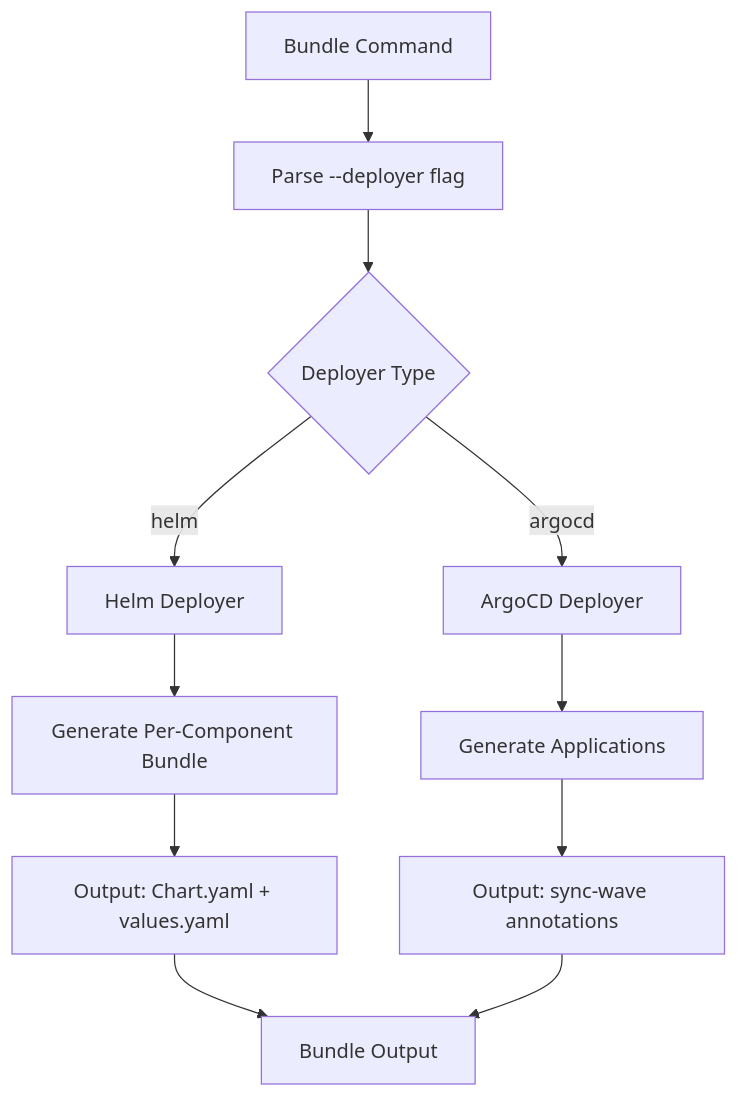
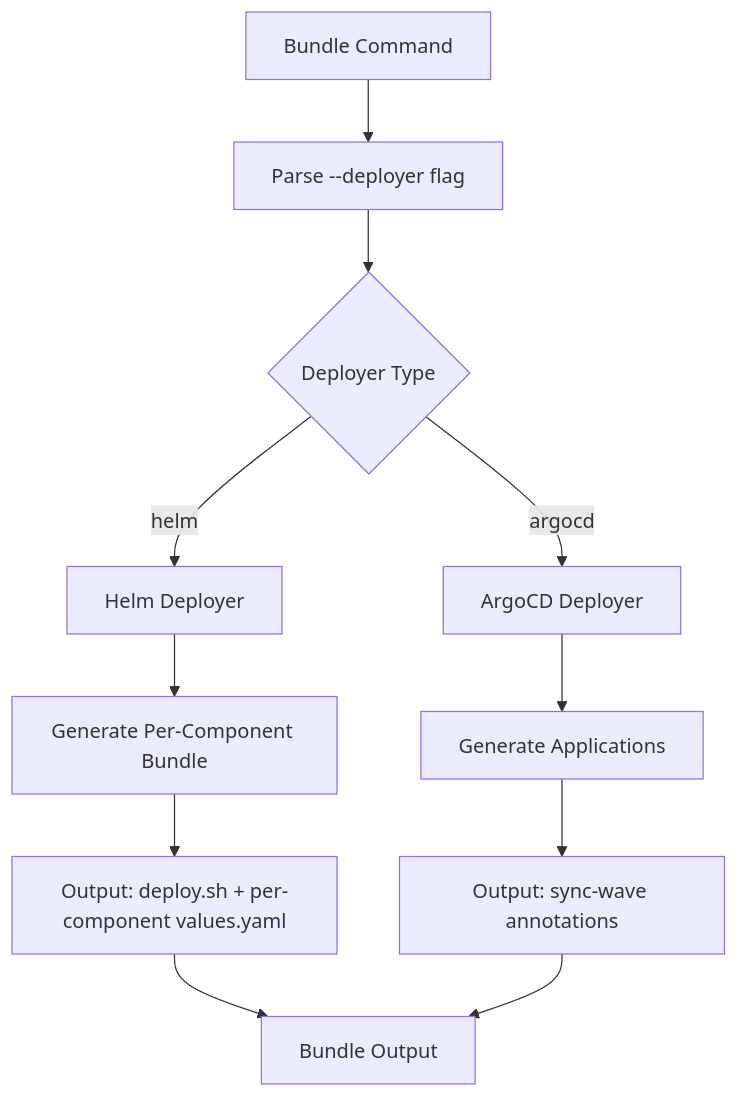
One commit to NVIDIA/aicr changed diagram 16 of 17 in docs/contributor/cli.md. Above: the diagram before and after it, drawn with Mermaid.

Commit message:
fix: update stale diagram label in contributor CLI docs
Mermaid diagram still referenced "Chart.yaml + values.yaml" output
for the Helm deployer. Updated to reflect per-component layout.

````diff
--- a/docs/contributor/cli.md
+++ b/docs/contributor/cli.md
@@ -2726,16 +2726,16 @@
 ```mermaid
 flowchart TD
     A[Bundle Command] --> B[Parse --deployer flag]
     B --> C{Deployer Type}
     C -->|helm| D[Helm Deployer]
     C -->|argocd| E[ArgoCD Deployer]
     
     D --> G[Generate Per-Component Bundle]
     E --> H[Generate Applications]
     
-    G --> J[Output: Chart.yaml + values.yaml]
+    G --> J[Output: deploy.sh + per-component values.yaml]
     H --> K[Output: sync-wave annotations]
     
     J --> M[Bundle Output]
     K --> M
 ```
````
